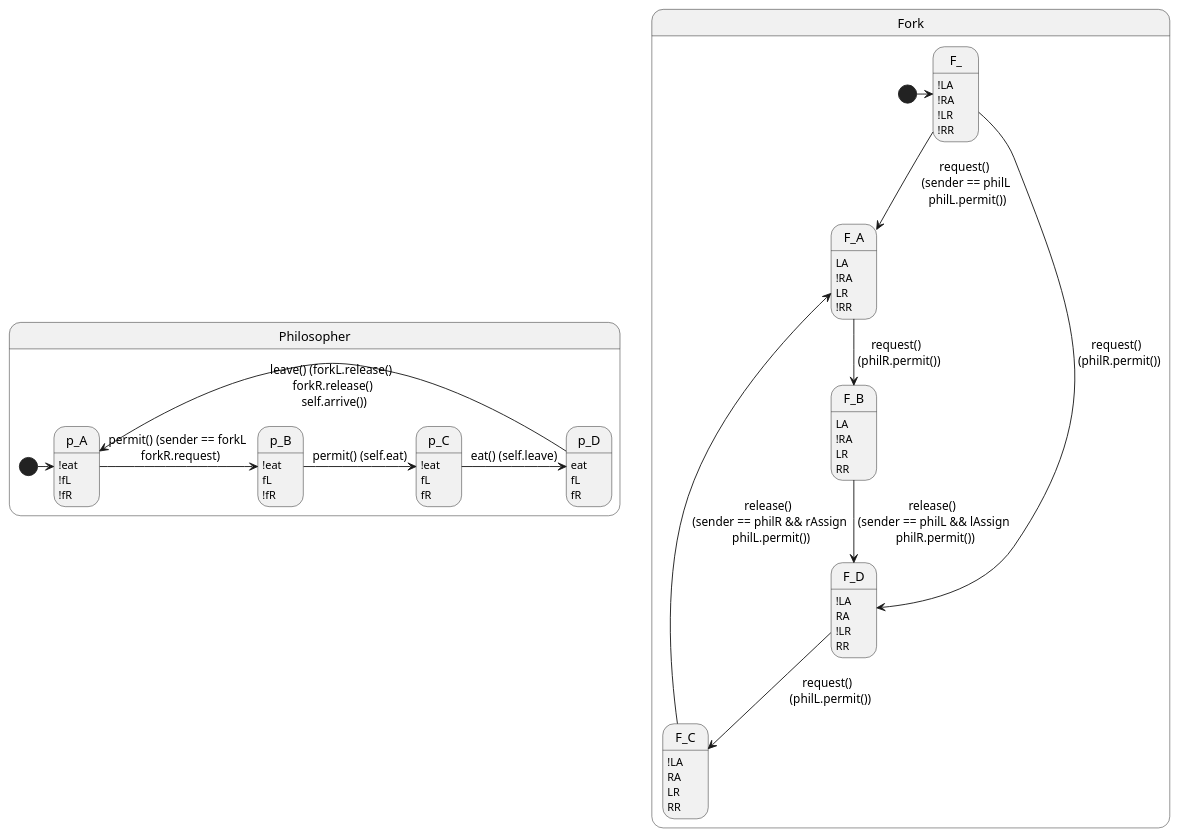
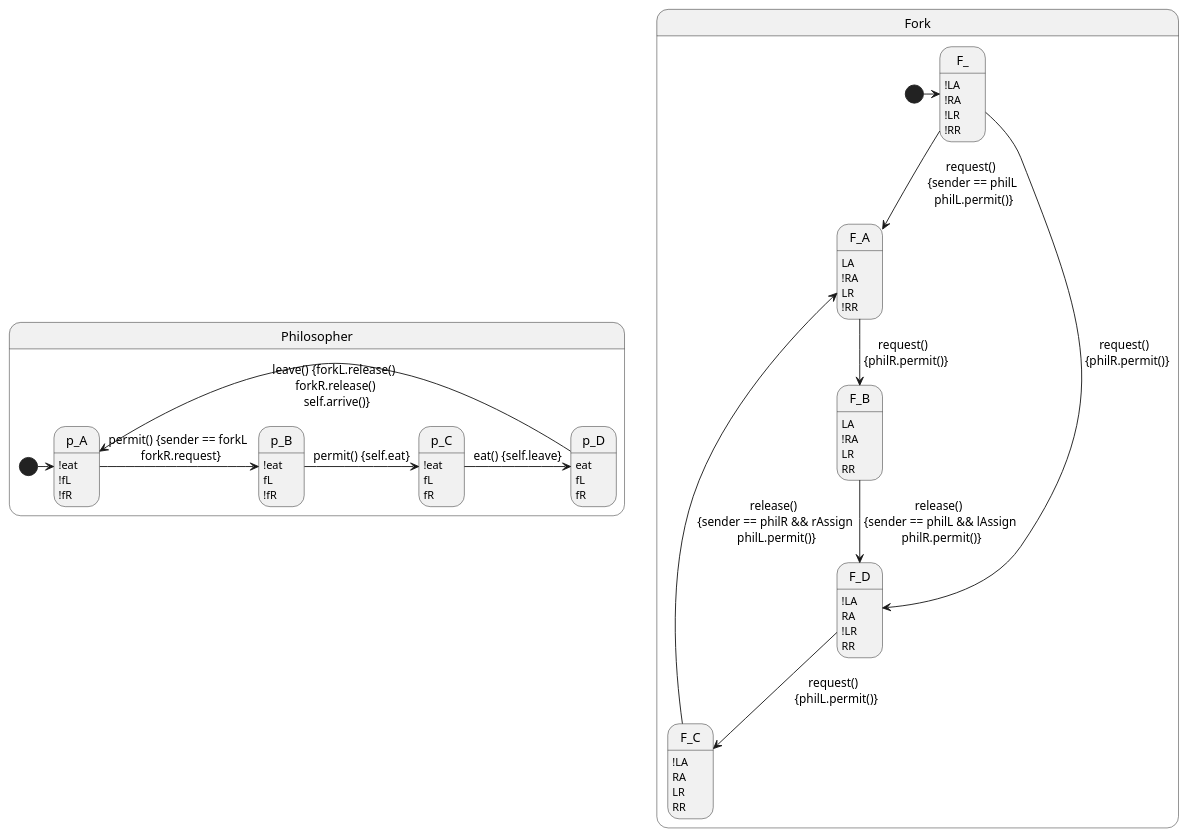
Before and after one commit to gnowin/UML-To-Rebecca-Dataset: the diagram in ModelTranslations/DiningPhilosophers/DiningPhilosophers.plantuml, drawn with PlantUML. The commit also changed 4 other files, not shown here.

```diff
--- a/ModelTranslations/DiningPhilosophers/DiningPhilosophers.plantuml
+++ b/ModelTranslations/DiningPhilosophers/DiningPhilosophers.plantuml
@@ -1,79 +1,79 @@
 @startuml
 
 hide empty description
 
 state Philosopher{
 
 State p_A : !eat
 State p_A : !fL
 State p_A : !fR
 
 State p_B : !eat
 State p_B : fL
 State p_B : !fR
 
 State p_C : !eat
 State p_C : fL
 State p_C : fR
 
 State p_D : eat
 State p_D : fL
 State p_D : fR
 
 [*] -> p_A
 
-p_A -> p_B : permit() (sender == forkL \n forkR.request)
+p_A -> p_B : permit() {sender == forkL \n forkR.request}
 
-p_B -> p_C : permit() (self.eat)
+p_B -> p_C : permit() {self.eat}
 
-p_C -> p_D : eat() (self.leave)
+p_C -> p_D : eat() {self.leave}
 
-p_D -> p_A : leave() (forkL.release() \n forkR.release() \n self.arrive())
+p_D -> p_A : leave() {forkL.release() \n forkR.release() \n self.arrive()}
 
 }
 
 state Fork{
 
 State F_ : !LA
 State F_ : !RA
 State F_ : !LR
 State F_ : !RR
 
 State F_A : LA
 State F_A : !RA
 State F_A : LR
 State F_A : !RR
 
 State F_B : LA
 State F_B : !RA
 
 State F_B : LR
 State F_B : RR
 
 State F_C : !LA
 State F_C : RA
 State F_C : LR
 State F_C : RR
 
 State F_D : !LA
 State F_D : RA
 State F_D : !LR
 State F_D : RR
 
 [*] -> F_
 
-F_ --> F_A : request() \n (sender == philL \n philL.permit())
+F_ --> F_A : request() \n {sender == philL \n philL.permit()}
 
-F_ --> F_D : request() \n (philR.permit())
+F_ --> F_D : request() \n {philR.permit()}
 
-F_A --> F_B : request() \n (philR.permit())
+F_A --> F_B : request() \n {philR.permit()}
 
-F_B --> F_D : release() \n (sender == philL && lAssign \n philR.permit())
+F_B --> F_D : release() \n {sender == philL && lAssign \n philR.permit()}
 
-F_D --> F_C : request() \n (philL.permit())
+F_D --> F_C : request() \n {philL.permit()}
 
-F_C --> F_A : release() \n (sender == philR && rAssign \n philL.permit())
+F_C --> F_A : release() \n {sender == philR && rAssign \n philL.permit()}
 
 }
 
 @enduml 
```
